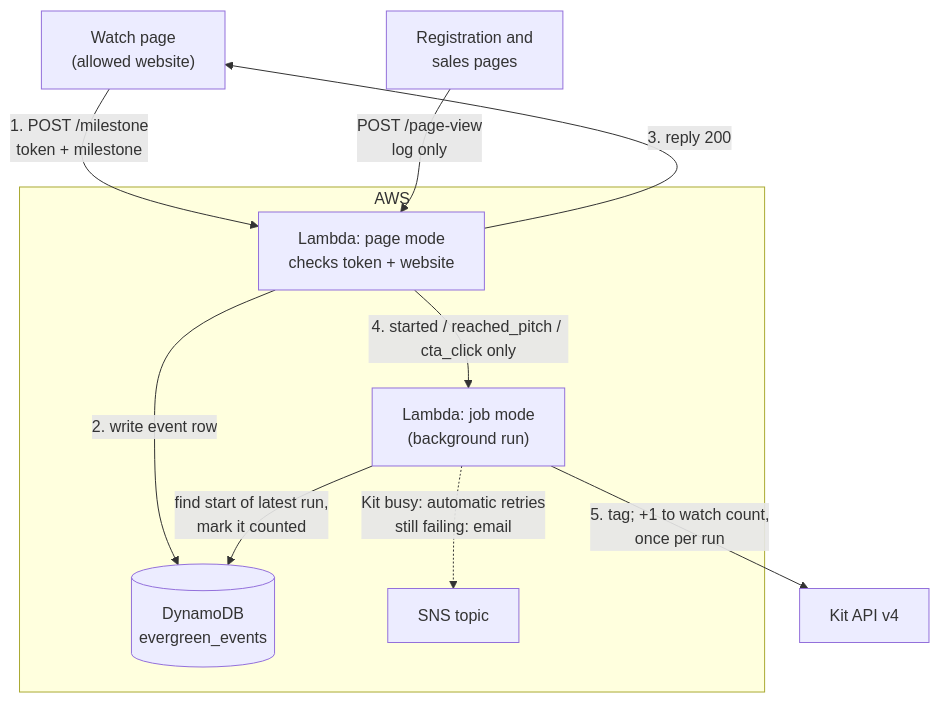
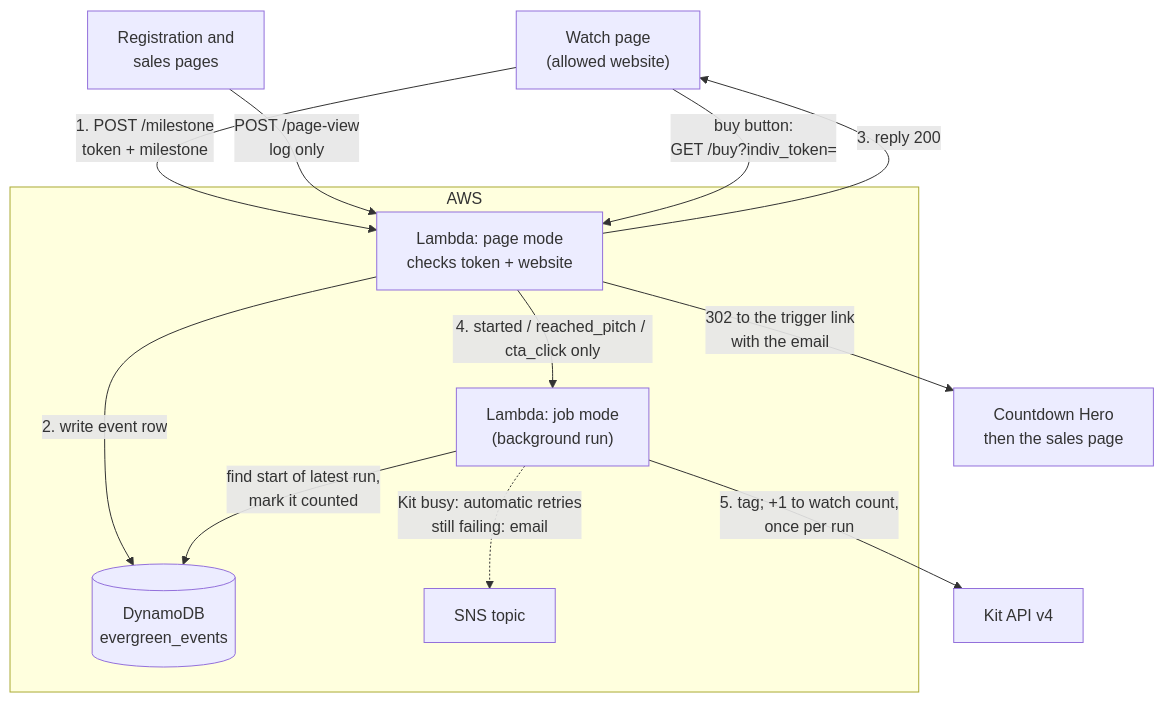
The diagram in evergreen-sms-webinar-watch-python/README.md (fire-crest/zki-lambda), drawn with Mermaid before and after one commit. The commit also changed other lines of this file and 4 other files, not shown here.

````diff
--- a/evergreen-sms-webinar-watch-python/README.md
+++ b/evergreen-sms-webinar-watch-python/README.md
@@ -14,17 +18,19 @@
 ```mermaid
 flowchart TD
     Page["Watch page<br/>(allowed website)"] -->|"1. POST /milestone<br/>token + milestone"| Fn
     Views["Registration and<br/>sales pages"] -->|"POST /page-view<br/>log only"| Fn
+    Page -->|"buy button:<br/>GET /buy?indiv_token="| Fn
+    Fn -->|"302 to the trigger link<br/>with the email"| CH["Countdown Hero<br/>then the sales page"]
     subgraph AWS
         Fn["Lambda: page mode<br/>checks token + website"]
         Job["Lambda: job mode<br/>(background run)"]
         DB[("DynamoDB<br/>evergreen_events")]
         SNS["SNS topic"]
     end
     Fn -->|"2. write event row"| DB
     Fn -->|"3. reply 200"| Page
     Fn -->|"4. started / reached_pitch / cta_click only"| Job
     Job -->|"5. tag; +1 to watch count,<br/>once per run"| Kit["Kit API v4"]
     Job -->|"find start of latest run,<br/>mark it counted"| DB
     Job -. "Kit busy: automatic retries<br/>still failing: email" .-> SNS
 ```
````
